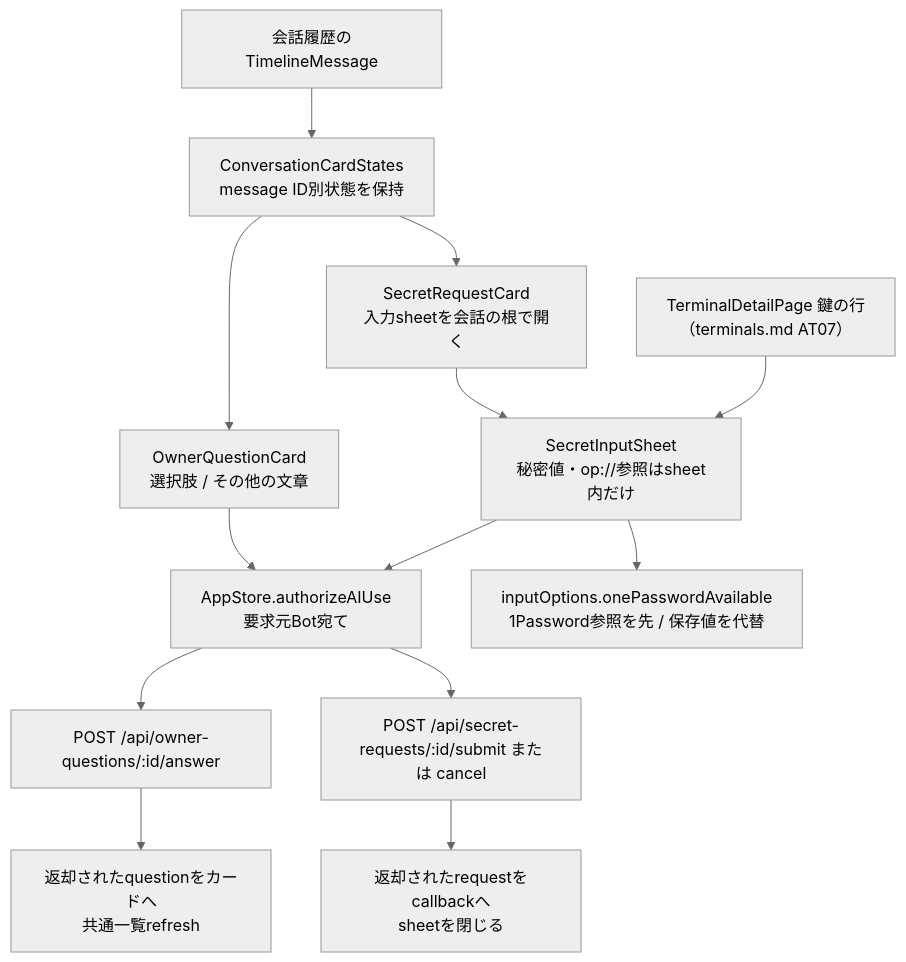
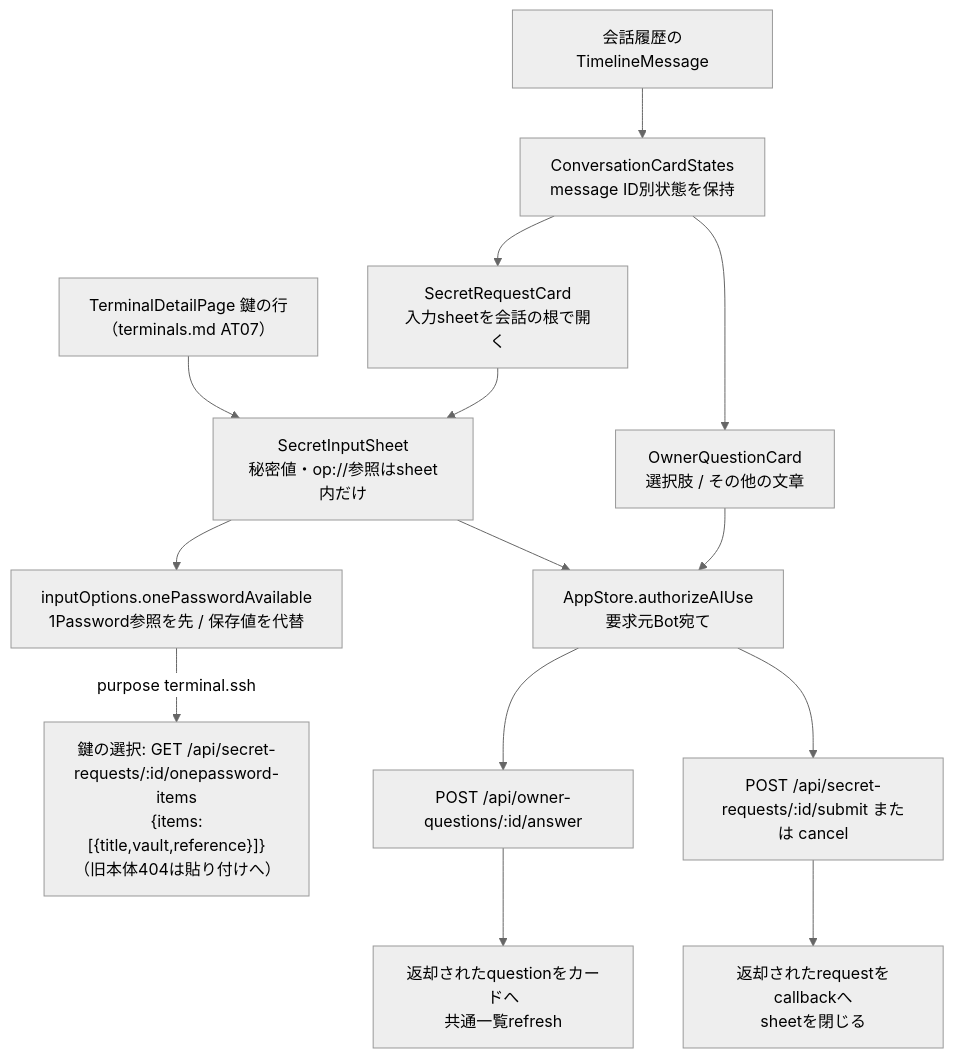
One commit to kitepon/BellTeam changed the first of 4 diagrams in docs/architecture/modules/apple/requests-and-auth.md. Above: the diagram before and after it, drawn with Mermaid (neutral theme). The commit also changed other lines of this file and 12 other files, not shown here.

First line of the commit message:
Apple: 1Password settings token field and SSH key picker (usage #838, #836)

````diff
--- a/docs/architecture/modules/apple/requests-and-auth.md
+++ b/docs/architecture/modules/apple/requests-and-auth.md
@@ -9,15 +9,16 @@
 ```mermaid
 flowchart TD
   Message["会話履歴のTimelineMessage"] --> Cards["ConversationCardStates<br/>message ID別状態を保持"]
   Cards --> Question["OwnerQuestionCard<br/>選択肢 / その他の文章"]
   Cards --> Secret["SecretRequestCard<br/>入力sheetを会話の根で開く"]
   Question --> Access["AppStore.authorizeAIUse<br/>要求元Bot宛て"]
   Secret --> Sheet["SecretInputSheet<br/>秘密値・op://参照はsheet内だけ"]
   TerminalKey["TerminalDetailPage 鍵の行<br/>（terminals.md AT07）"] --> Sheet
   Sheet --> Source["inputOptions.onePasswordAvailable<br/>1Password参照を先 / 保存値を代替"]
+  Source -->|"purpose terminal.ssh"| Picker["鍵の選択: GET /api/secret-requests/:id/onepassword-items<br/>{items:[{title,vault,reference}]}（旧本体404は貼り付けへ）"]
   Sheet --> Access
   Access --> Answer["POST /api/owner-questions/:id/answer"]
   Access --> Finish["POST /api/secret-requests/:id/submit または cancel"]
   Answer --> Result["返却されたquestionをカードへ<br/>共通一覧refresh"]
   Finish --> Complete["返却されたrequestをcallbackへ<br/>sheetを閉じる"]
 ```
````
